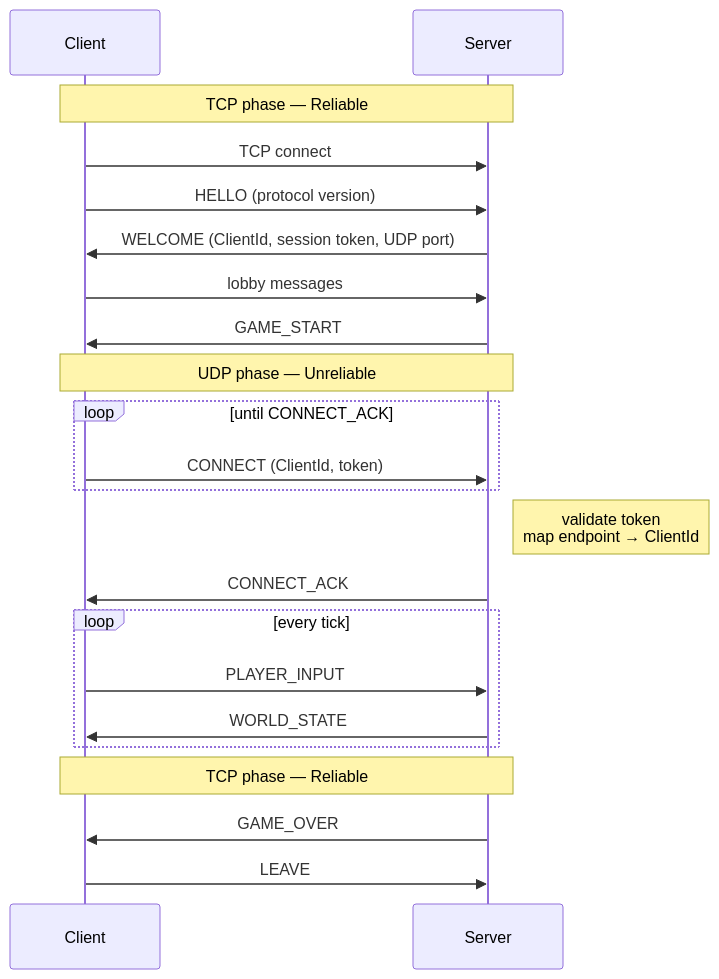
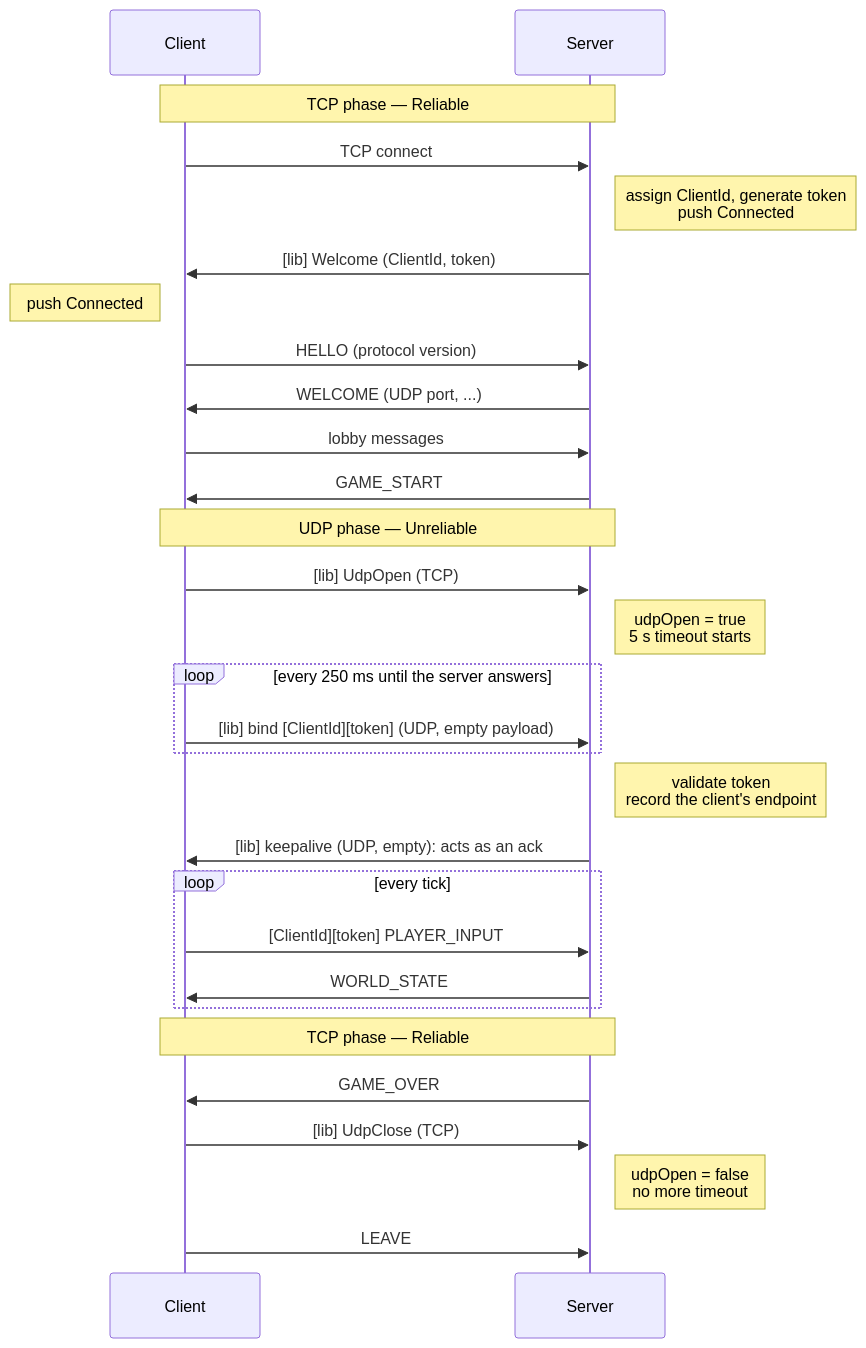
One commit to Matt4401/Mirror-Rtype changed the diagram in docs/protocol/transport.md. Above: the diagram before and after it, drawn with Mermaid. The commit also changed other lines of this file and 9 other files, not shown here.

Commit message:
feat(network): Add UDP timeout, keepalive logic, and extend `NetworkClient` for event-driven handling of TCP/UDP communication

````diff
--- a/docs/protocol/transport.md
+++ b/docs/protocol/transport.md
@@ -52,25 +55,31 @@
 ```mermaid
 sequenceDiagram
     participant C as Client
     participant S as Server
     Note over C, S: TCP phase — Reliable
     C ->> S: TCP connect
+    Note right of S: assign ClientId, generate token<br/>push Connected
+    S ->> C: [lib] Welcome (ClientId, token)
+    Note left of C: push Connected
     C ->> S: HELLO (protocol version)
-    S ->> C: WELCOME (ClientId, session token, UDP port)
+    S ->> C: WELCOME (UDP port, ...)
     C ->> S: lobby messages
     S ->> C: GAME_START
     Note over C, S: UDP phase — Unreliable
-    loop until CONNECT_ACK
-        C ->> S: CONNECT (ClientId, token)
+    C ->> S: [lib] UdpOpen (TCP)
+    Note right of S: udpOpen = true<br/>5 s timeout starts
+    loop every 250 ms until the server answers
+        C ->> S: [lib] bind [ClientId][token] (UDP, empty payload)
     end
-    Note right of S: validate token<br/>map endpoint → ClientId
-    S ->> C: CONNECT_ACK
+    Note right of S: validate token<br/>record the client's endpoint
+    S ->> C: [lib] keepalive (UDP, empty): acts as an ack
     loop every tick
-        C ->> S: PLAYER_INPUT
+        C ->> S: [ClientId][token] PLAYER_INPUT
         S ->> C: WORLD_STATE
     end
-
     Note over C, S: TCP phase — Reliable
     S ->> C: GAME_OVER
+    C ->> S: [lib] UdpClose (TCP)
+    Note right of S: udpOpen = false<br/>no more timeout
     C ->> S: LEAVE
 ```
````
